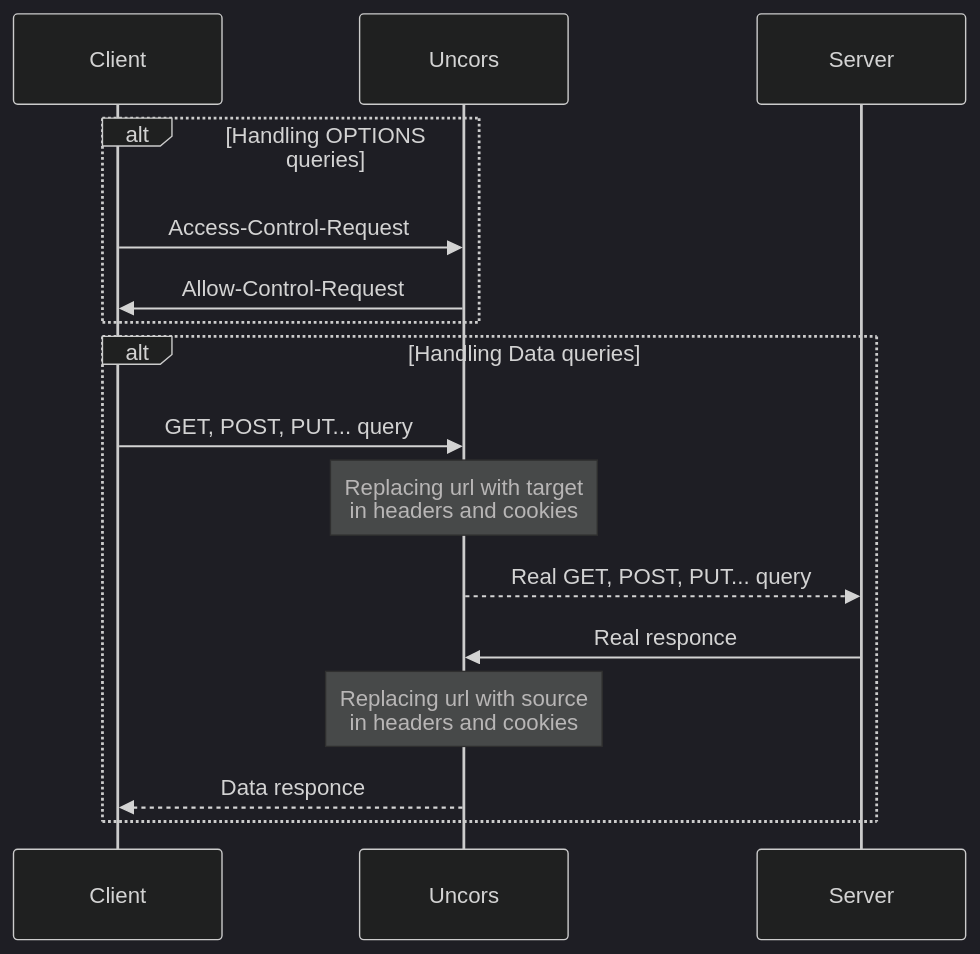
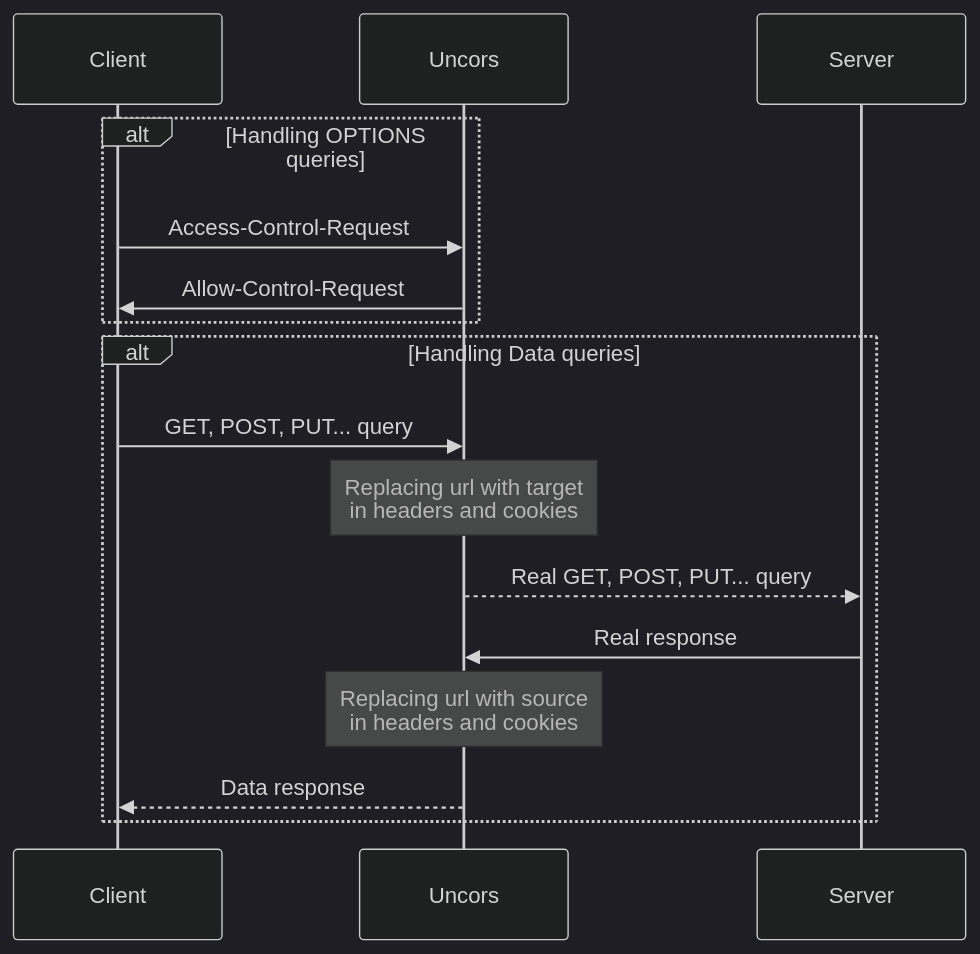
The diagram in README.md (evg4b/uncors), drawn with Mermaid (dark theme) before and after one commit. The commit also changed other lines of this file and 6 other files, not shown here.

````diff
--- a/README.md
+++ b/README.md
@@ -208,21 +208,21 @@
 ```mermaid
 sequenceDiagram
     participant Client
     participant Uncors
     participant Server
 
 
     alt Handling OPTIONS queries 
         Client ->> Uncors: Access-Control-Request
         Uncors ->> Client: Allow-Control-Request
     end
     
     alt Handling Data queries 
       Client ->> Uncors: GET, POST, PUT... query
       Note over Uncors: Replacing url with target<br/> in headers and cookies
       Uncors-->>Server: Real GET, POST, PUT... query
-      Server->>Uncors: Real responce
+      Server->>Uncors: Real response
       Note over Uncors: Replacing url with source<br/> in headers and cookies
-      Uncors-->>Client: Data responce
+      Uncors-->>Client: Data response
     end
 ```
````
